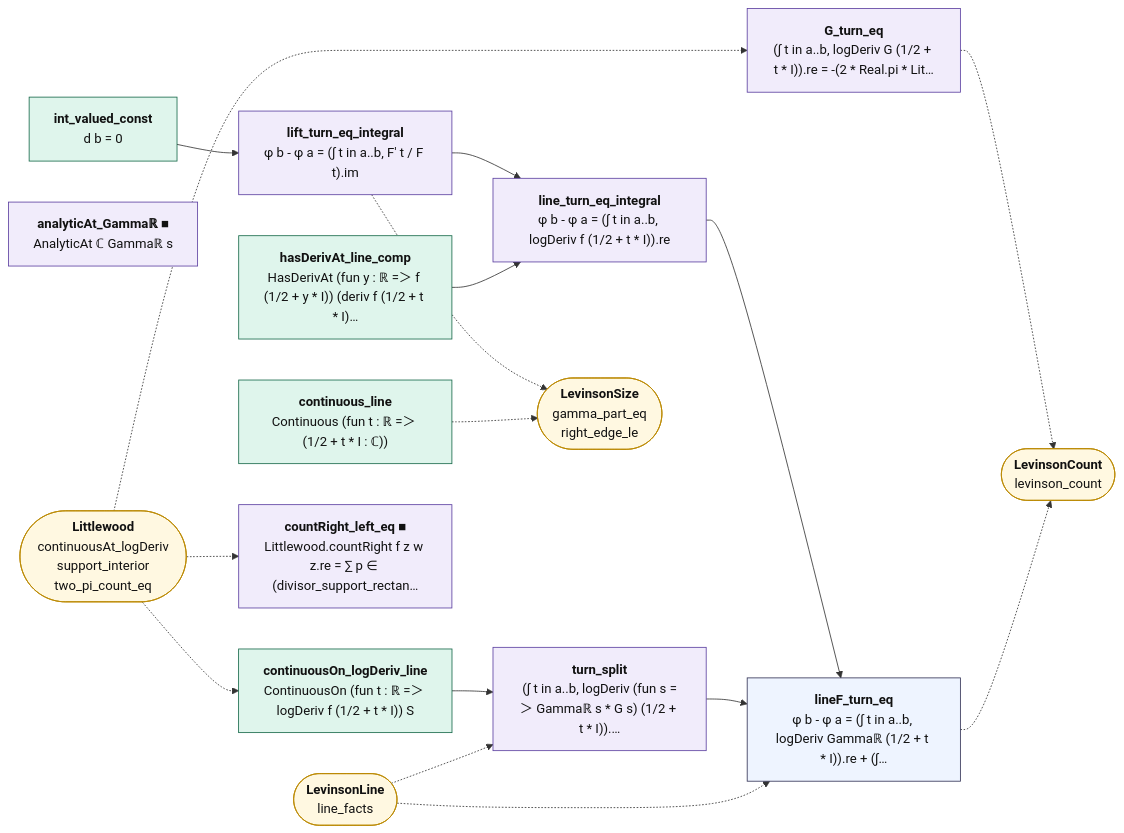
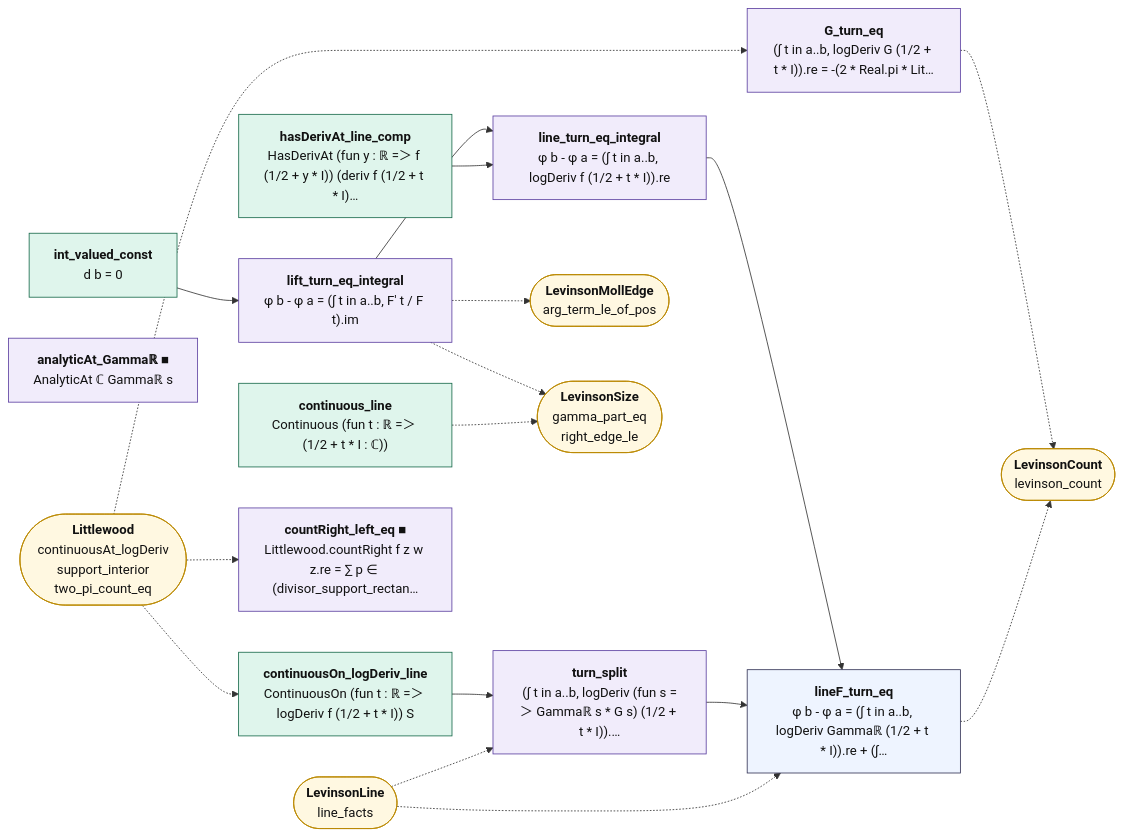
Before and after one commit to juliansambranojr/Primebeat_081426: the diagram in map/lean_stage3/LevinsonTurn.mmd, drawn with Mermaid. The commit also changed 21 other files, not shown here.

```diff
--- a/map/lean_stage3/LevinsonTurn.mmd
+++ b/map/lean_stage3/LevinsonTurn.mmd
@@ -1,39 +1,41 @@
 flowchart LR
   n0["<b>int_valued_const</b><br/>d b = 0"]:::cnt
   n1["<b>lift_turn_eq_integral</b><br/>φ b - φ a = (∫ t in a..b, F' t / F t).im"]:::shp
   n2["<b>hasDerivAt_line_comp</b><br/>HasDerivAt (fun y : ℝ =＞ f (1/2 + y * I)) (deriv f (1/2 + t * I)…"]:::cnt
   n3["<b>continuous_line</b><br/>Continuous (fun t : ℝ =＞ (1/2 + t * I : ℂ))"]:::cnt
   n4["<b>line_turn_eq_integral</b><br/>φ b - φ a = (∫ t in a..b, logDeriv f (1/2 + t * I)).re"]:::shp
   n5["<b>continuousOn_logDeriv_line</b><br/>ContinuousOn (fun t : ℝ =＞ logDeriv f (1/2 + t * I)) S"]:::cnt
   n6["<b>analyticAt_Gammaℝ ■</b><br/>AnalyticAt ℂ Gammaℝ s"]:::shp
   n7["<b>turn_split</b><br/>(∫ t in a..b, logDeriv (fun s =＞ Gammaℝ s * G s) (1/2 + t * I)).…"]:::shp
   n8["<b>lineF_turn_eq</b><br/>φ b - φ a = (∫ t in a..b, logDeriv Gammaℝ (1/2 + t * I)).re + (∫…"]:::thm
   n9["<b>countRight_left_eq ■</b><br/>Littlewood.countRight f z w z.re = ∑ p ∈ (divisor_support_rectan…"]:::shp
   n10["<b>G_turn_eq</b><br/>(∫ t in a..b, logDeriv G (1/2 + t * I)).re = -(2 * Real.pi * Lit…"]:::shp
-  x0(["<b>LevinsonSize</b><br/>gamma_part_eq<br/>right_edge_le"]):::ext
-  x1(["<b>Littlewood</b><br/>continuousAt_logDeriv<br/>support_interior<br/>two_pi_count_eq"]):::ext
-  x2(["<b>LevinsonLine</b><br/>line_facts"]):::ext
-  x3(["<b>LevinsonCount</b><br/>levinson_count"]):::ext
+  x0(["<b>LevinsonMollEdge</b><br/>arg_term_le_of_pos"]):::ext
+  x1(["<b>LevinsonSize</b><br/>gamma_part_eq<br/>right_edge_le"]):::ext
+  x2(["<b>Littlewood</b><br/>continuousAt_logDeriv<br/>support_interior<br/>two_pi_count_eq"]):::ext
+  x3(["<b>LevinsonLine</b><br/>line_facts"]):::ext
+  x4(["<b>LevinsonCount</b><br/>levinson_count"]):::ext
   n0 --> n1
   n1 --> n4
   n2 --> n4
   n4 --> n8
   n5 --> n7
   n7 --> n8
   n1 -.-> x0
-  n10 -.-> x3
-  n3 -.-> x0
-  n8 -.-> x3
-  x1 -.-> n10
-  x1 -.-> n5
-  x1 -.-> n9
-  x2 -.-> n7
-  x2 -.-> n8
+  n1 -.-> x1
+  n10 -.-> x4
+  n3 -.-> x1
+  n8 -.-> x4
+  x2 -.-> n10
+  x2 -.-> n5
+  x2 -.-> n9
+  x3 -.-> n7
+  x3 -.-> n8
   classDef cnt fill:#dff5ec,stroke:#17694a,color:#111
   classDef shp fill:#f1ecfb,stroke:#5b3fa0,color:#111
   classDef rh fill:#ffe5e5,stroke:#c22,color:#111,stroke-width:2px
   classDef thm fill:#eef4ff,stroke:#335,color:#111
   classDef end_ fill:#e7f7e7,stroke:#2a7,color:#111,stroke-width:2px
   classDef lone fill:#fff,stroke:#999,color:#111,stroke-dasharray:4 3
   classDef bad fill:#ffe5e5,stroke:#c22,color:#111,stroke-width:2px
   classDef ext fill:#fff8e1,stroke:#b80,color:#111
```
